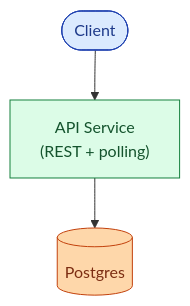
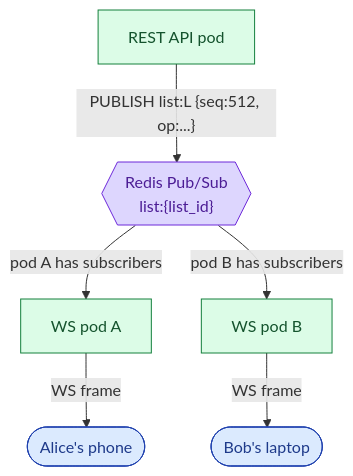
The fourth of 12 diagrams in problems/013-todo-list-sharing/question.md (shiningflash/system-design), drawn with Mermaid before and after one commit. The commit also changed other lines of this file and 37 other files, not shown here.

````diff
--- a/problems/013-todo-list-sharing/question.md
+++ b/problems/013-todo-list-sharing/question.md
@@ -262,9 +198,12 @@
 ```mermaid
 flowchart TB
-    C([Client]):::user --> API["API Service<br/>(REST + polling)"]:::app
-    API --> DB[("Postgres")]:::db
+    API["REST API pod"]:::app -->|"PUBLISH list:L {seq:512, op:...}"| Bus{{"Redis Pub/Sub<br/>list:{list_id}"}}:::queue
+    Bus -->|"pod A has subscribers"| WS_A["WS pod A"]:::app
+    Bus -->|"pod B has subscribers"| WS_B["WS pod B"]:::app
+    WS_A -->|"WS frame"| Alice([Alice's phone]):::user
+    WS_B -->|"WS frame"| Bob([Bob's laptop]):::user
 
     classDef user  fill:#dbeafe,stroke:#1e40af,color:#1e3a8a
     classDef app   fill:#dcfce7,stroke:#15803d,color:#14532d
-    classDef db    fill:#fed7aa,stroke:#c2410c,color:#7c2d12
+    classDef queue fill:#ddd6fe,stroke:#6d28d9,color:#4c1d95
 ```
````
